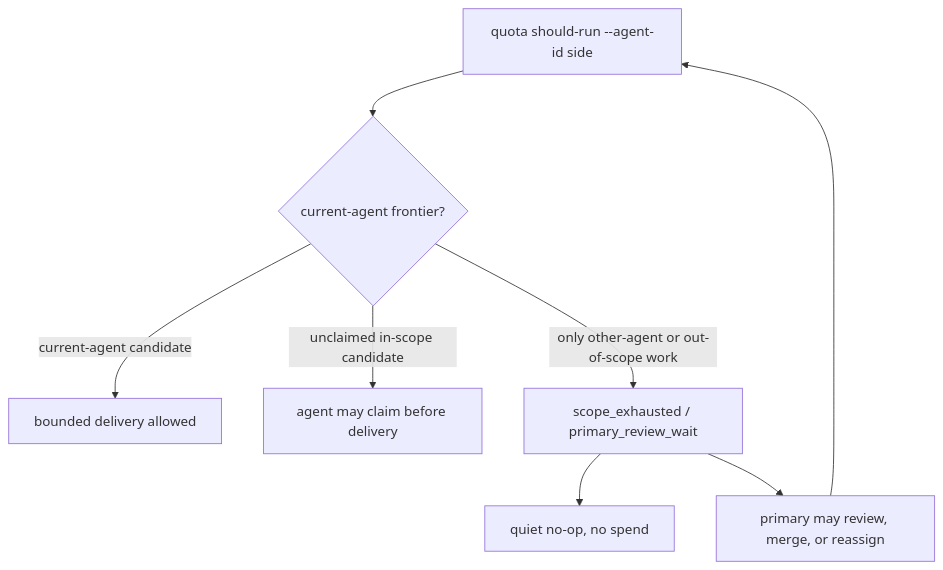
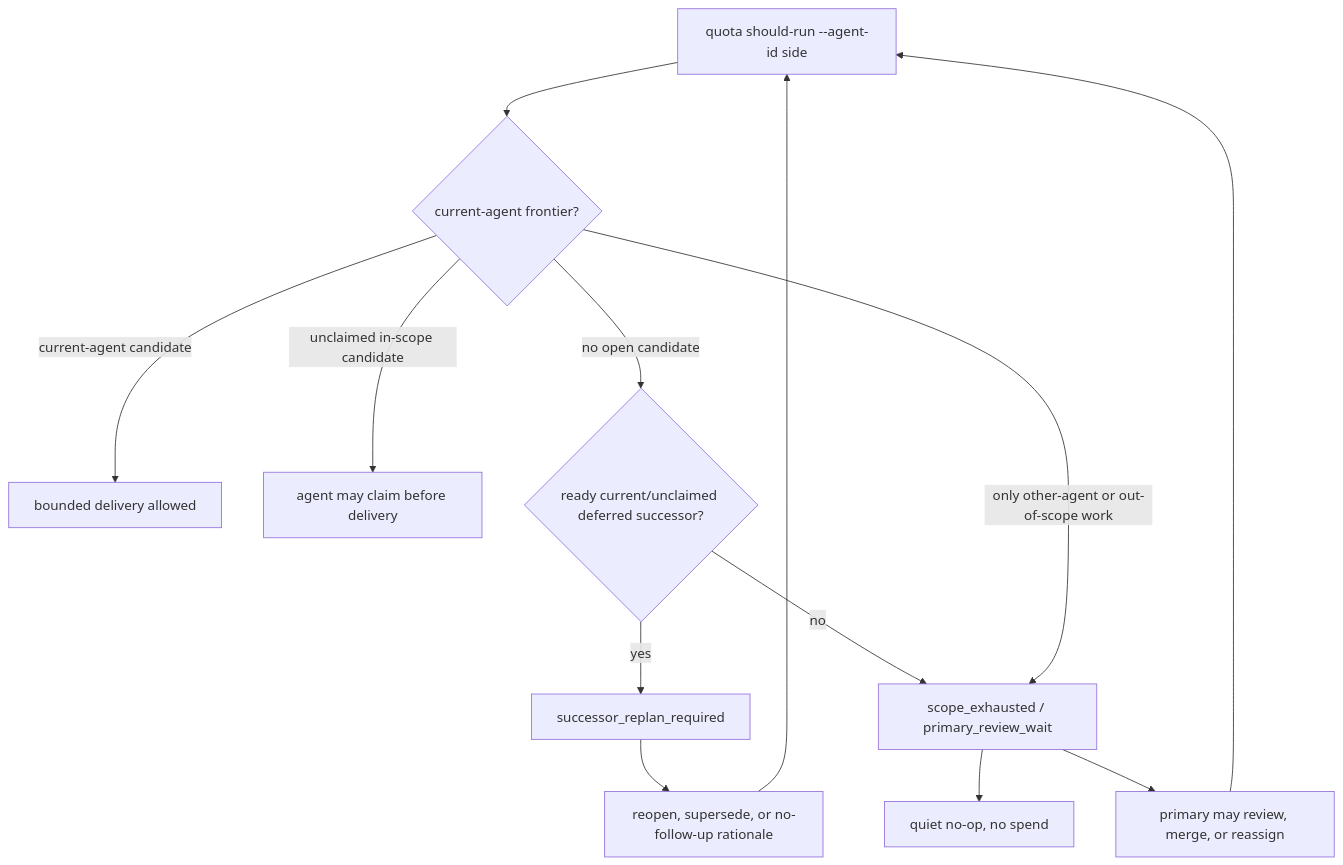
One commit to huangruiteng/goal-harness changed diagram 20 of 28 in docs/interaction-pattern-catalog.md. Above: the diagram before and after it, drawn with Mermaid. The commit also changed other lines of this file and 10 other files, not shown here.

````diff
--- a/docs/interaction-pattern-catalog.md
+++ b/docs/interaction-pattern-catalog.md
@@ -1331,10 +1373,15 @@
 ```mermaid
 flowchart TD
   Q["quota should-run --agent-id side"] --> F{"current-agent frontier?"}
   F -->|"current-agent candidate"| D["bounded delivery allowed"]
   F -->|"unclaimed in-scope candidate"| C["agent may claim before delivery"]
-  F -->|"only other-agent or out-of-scope work"| X["scope_exhausted / primary_review_wait"]
+  F -->|"no open candidate"| R{"ready current/unclaimed deferred successor?"}
+  R -->|"yes"| P["successor_replan_required"]
+  P --> U["reopen, supersede, or no-follow-up rationale"]
+  U --> Q
+  R -->|"no"| X["scope_exhausted / primary_review_wait"]
+  F -->|"only other-agent or out-of-scope work"| X
   X --> N["quiet no-op, no spend"]
-  X --> R["primary may review, merge, or reassign"]
-  R --> Q
+  X --> H["primary may review, merge, or reassign"]
+  H --> Q
 ```
````
